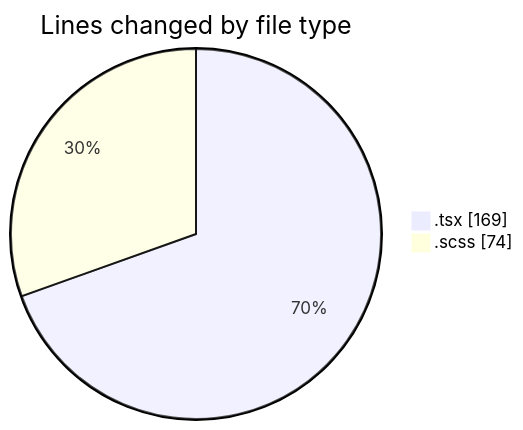
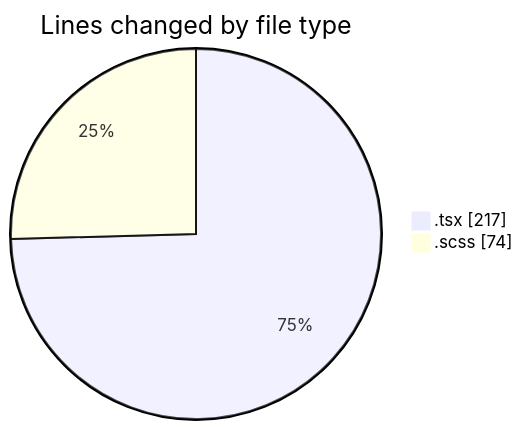
The first of 2 diagrams in 2025-12-09/cda/README.md (momahboobian/code-tracking), drawn with Mermaid before and after one commit. The commit also changed other lines of this file and 1 other file, not shown here.

````diff
--- a/2025-12-09/cda/README.md
+++ b/2025-12-09/cda/README.md
@@ -22,6 +22,6 @@
 ```mermaid
 pie showData
 title Lines changed by file type
-".tsx" : 169
+".tsx" : 217
 ".scss" : 74
 ```
````
